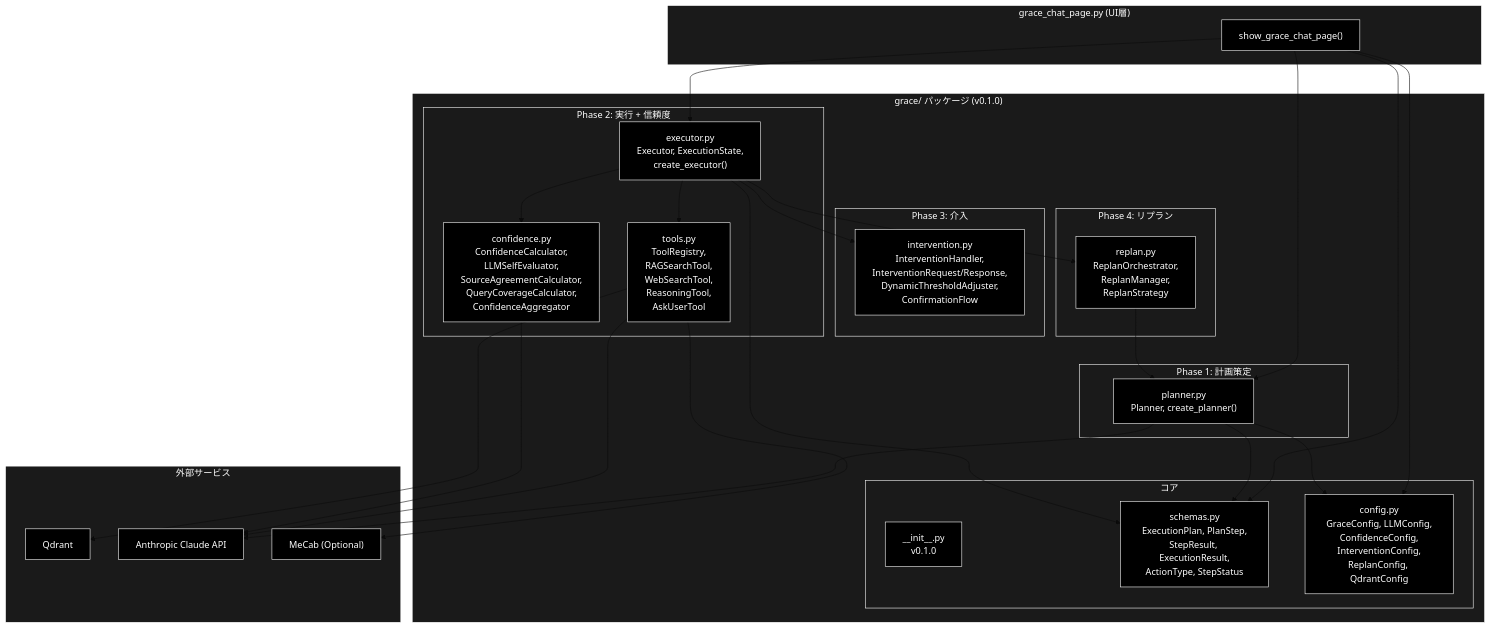
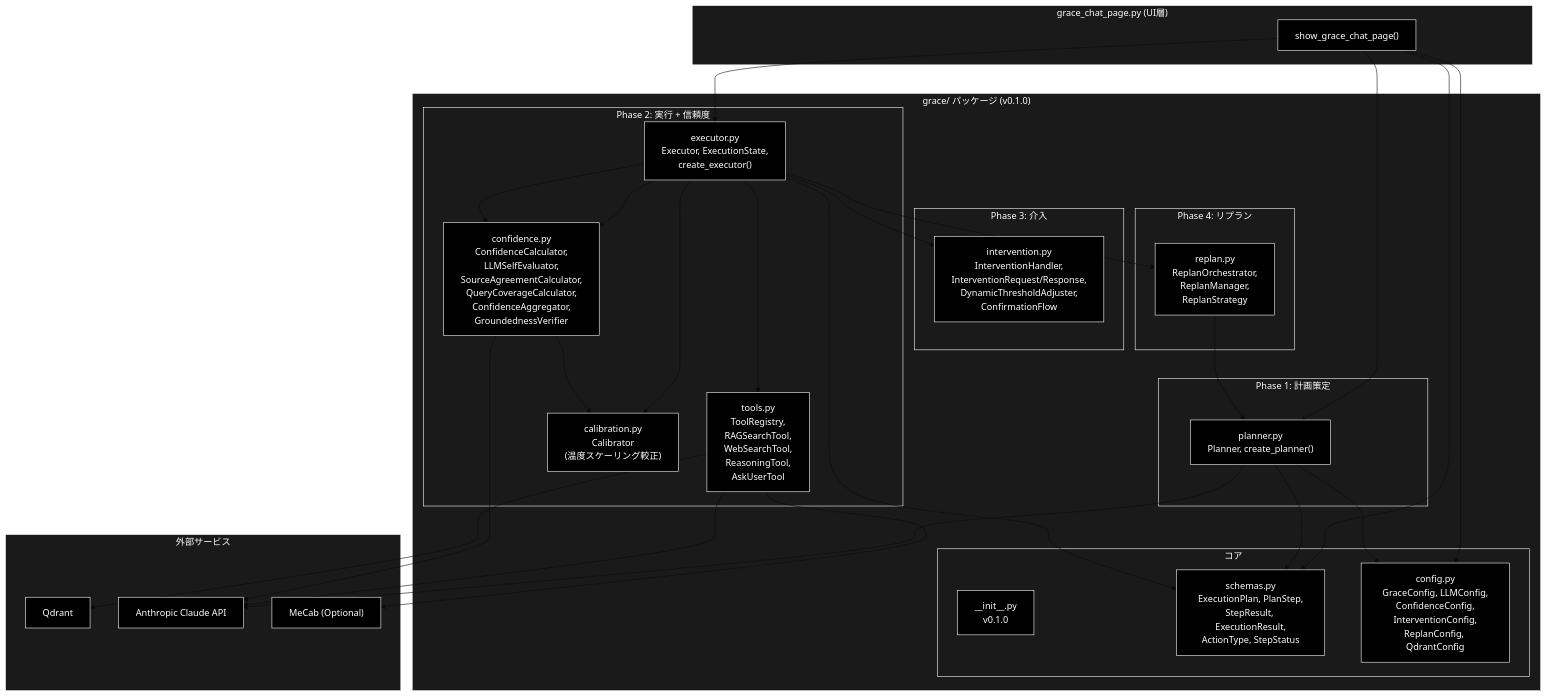
One commit to nakashima2toshio/anthropic_grace_agent_v2 changed the ninth of 13 diagrams in readme_autonomous_agent.md. Above: the diagram before and after it, drawn with Mermaid (base theme). The commit also changed other lines of this file and 9 other files, not shown here.

````diff
--- a/readme_autonomous_agent.md
+++ b/readme_autonomous_agent.md
@@ -1132,71 +1137,75 @@
 ```mermaid
 flowchart TB
     subgraph UI["grace_chat_page.py (UI層)"]
         Page["show_grace_chat_page()"]
     end
 
     subgraph GracePackage["grace/ パッケージ (v0.1.0)"]
         subgraph Core["コア"]
             Init["__init__.py<br/>v0.1.0"]
             Schemas["schemas.py<br/>ExecutionPlan, PlanStep,<br/>StepResult, ExecutionResult,<br/>ActionType, StepStatus"]
             Config["config.py<br/>GraceConfig, LLMConfig,<br/>ConfidenceConfig,<br/>InterventionConfig,<br/>ReplanConfig, QdrantConfig"]
         end
 
         subgraph Phase1["Phase 1: 計画策定"]
             PlannerMod["planner.py<br/>Planner, create_planner()"]
         end
 
         subgraph Phase2["Phase 2: 実行 + 信頼度"]
             ExecutorMod["executor.py<br/>Executor, ExecutionState,<br/>create_executor()"]
             ToolsMod["tools.py<br/>ToolRegistry,<br/>RAGSearchTool,<br/>WebSearchTool,<br/>ReasoningTool,<br/>AskUserTool"]
-            ConfMod["confidence.py<br/>ConfidenceCalculator,<br/>LLMSelfEvaluator,<br/>SourceAgreementCalculator,<br/>QueryCoverageCalculator,<br/>ConfidenceAggregator"]
+            ConfMod["confidence.py<br/>ConfidenceCalculator,<br/>LLMSelfEvaluator,<br/>SourceAgreementCalculator,<br/>QueryCoverageCalculator,<br/>ConfidenceAggregator,<br/>GroundednessVerifier"]
+            CalibMod["calibration.py<br/>Calibrator<br/>(温度スケーリング較正)"]
         end
 
         subgraph Phase3["Phase 3: 介入"]
             IntervMod["intervention.py<br/>InterventionHandler,<br/>InterventionRequest/Response,<br/>DynamicThresholdAdjuster,<br/>ConfirmationFlow"]
         end
 
         subgraph Phase4["Phase 4: リプラン"]
             ReplanMod["replan.py<br/>ReplanOrchestrator,<br/>ReplanManager,<br/>ReplanStrategy"]
         end
     end
 
     subgraph External["外部サービス"]
         Qdrant["Qdrant"]
         Claude["Anthropic Claude API"]
         MeCab["MeCab (Optional)"]
     end
 
     Page --> PlannerMod
     Page --> ExecutorMod
     Page --> Schemas
     Page --> Config
 
     PlannerMod --> Schemas
     PlannerMod --> Config
     PlannerMod --> Claude
 
     ExecutorMod --> ToolsMod
     ExecutorMod --> ConfMod
     ExecutorMod --> IntervMod
     ExecutorMod --> ReplanMod
     ExecutorMod --> Schemas
 
     ToolsMod --> Qdrant
     ToolsMod --> Claude
     ToolsMod --> MeCab
 
     ConfMod --> Claude
+    ExecutorMod --> ConfMod
+    ExecutorMod --> CalibMod
+    ConfMod --> CalibMod
     ReplanMod --> PlannerMod
 classDef default fill:#000,stroke:#fff,color:#fff
 classDef subgraphStyle fill:#1a1a1a,stroke:#fff,color:#fff
-class API,Claude,ConfMod,Config,ExecutorMod,Init,IntervMod,MeCab,Page,PlannerMod,Qdrant,QdrantConfig,ReplanMod,Schemas,StepStatus,ToolsMod,create_planner default
+class API,CalibMod,Claude,ConfMod,Config,ExecutorMod,Init,IntervMod,MeCab,Page,PlannerMod,Qdrant,QdrantConfig,ReplanMod,Schemas,StepStatus,ToolsMod,create_planner default
 style UI fill:#1a1a1a,stroke:#fff,color:#fff
 style GracePackage fill:#1a1a1a,stroke:#fff,color:#fff
 style Core fill:#1a1a1a,stroke:#fff,color:#fff
 style Phase1 fill:#1a1a1a,stroke:#fff,color:#fff
 style Phase2 fill:#1a1a1a,stroke:#fff,color:#fff
 style Phase3 fill:#1a1a1a,stroke:#fff,color:#fff
 style Phase4 fill:#1a1a1a,stroke:#fff,color:#fff
 style External fill:#1a1a1a,stroke:#fff,color:#fff
 ```
````
